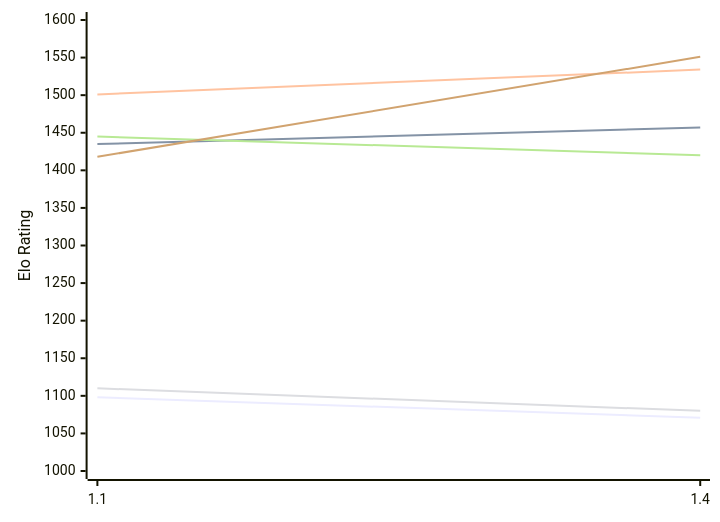
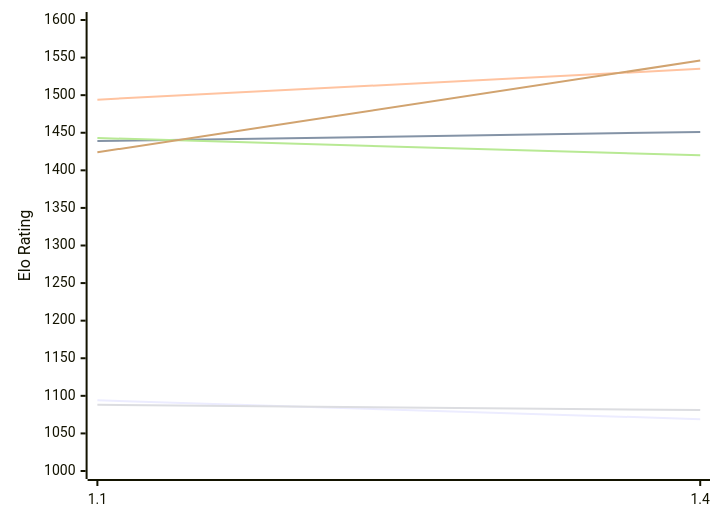
Before and after one commit to computer-chess-index/cci: the first of 2 diagrams in engines/USunfish.md, drawn with Mermaid. The commit also changed other lines of this file, not shown here.

Commit message:
Update CCI Ratings (ELO VLTC) - 2026-11-17

````diff
--- a/engines/USunfish.md
+++ b/engines/USunfish.md
@@ -50,12 +50,12 @@
 ```mermaid
 %%{init: {"theme":"base","themeVariables":{"seriesColors:['#a3a3a3','#222221','#faa371']}}}%%
 xychart-beta
   x-axis ["1.1", "1.4"]
   y-axis "Elo Rating" 1000 --> 1600
-  line "E1: STC (8.0+0.08s)" [1098, 1071]
-  line "E1: LTC (60.0+0.60s)" [1435, 1457]
-  line "E1: VLTC (2m24s+1.12s)" [1501, 1534]
-  line "P1: STC (8.0+0.08s)" [1110, 1080]
-  line "P1: LTC (60.0+0.60s)" [1445, 1420]
-  line "P1: VLTC (2m24s+1.12s)" [1418, 1551]
+  line "E1: STC (8.0+0.08s)" [1094, 1069]
+  line "E1: LTC (60.0+0.60s)" [1439, 1451]
+  line "E1: VLTC (2m24s+1.12s)" [1494, 1535]
+  line "P1: STC (8.0+0.08s)" [1088, 1081]
+  line "P1: LTC (60.0+0.60s)" [1443, 1420]
+  line "P1: VLTC (2m24s+1.12s)" [1424, 1546]
 ```
````
